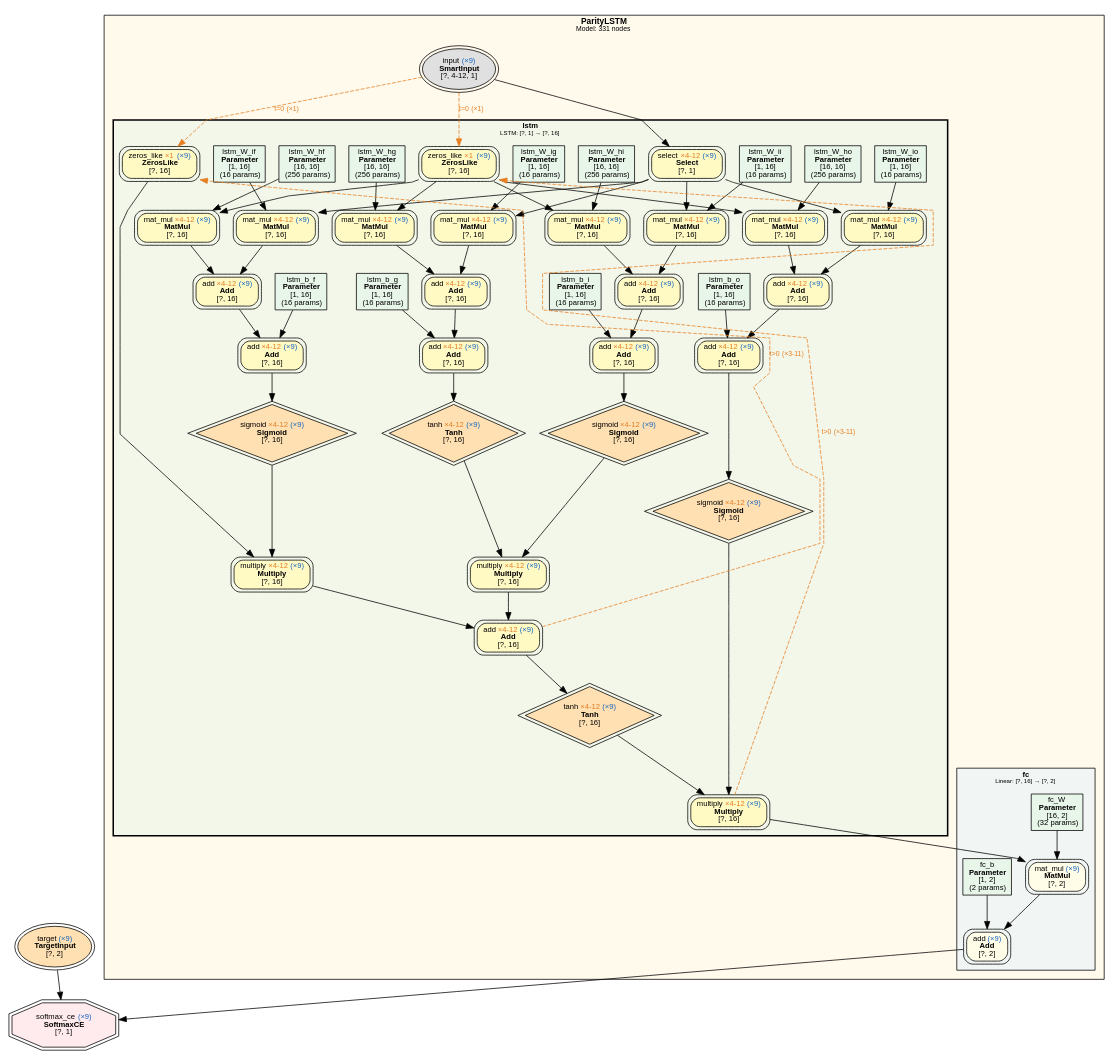
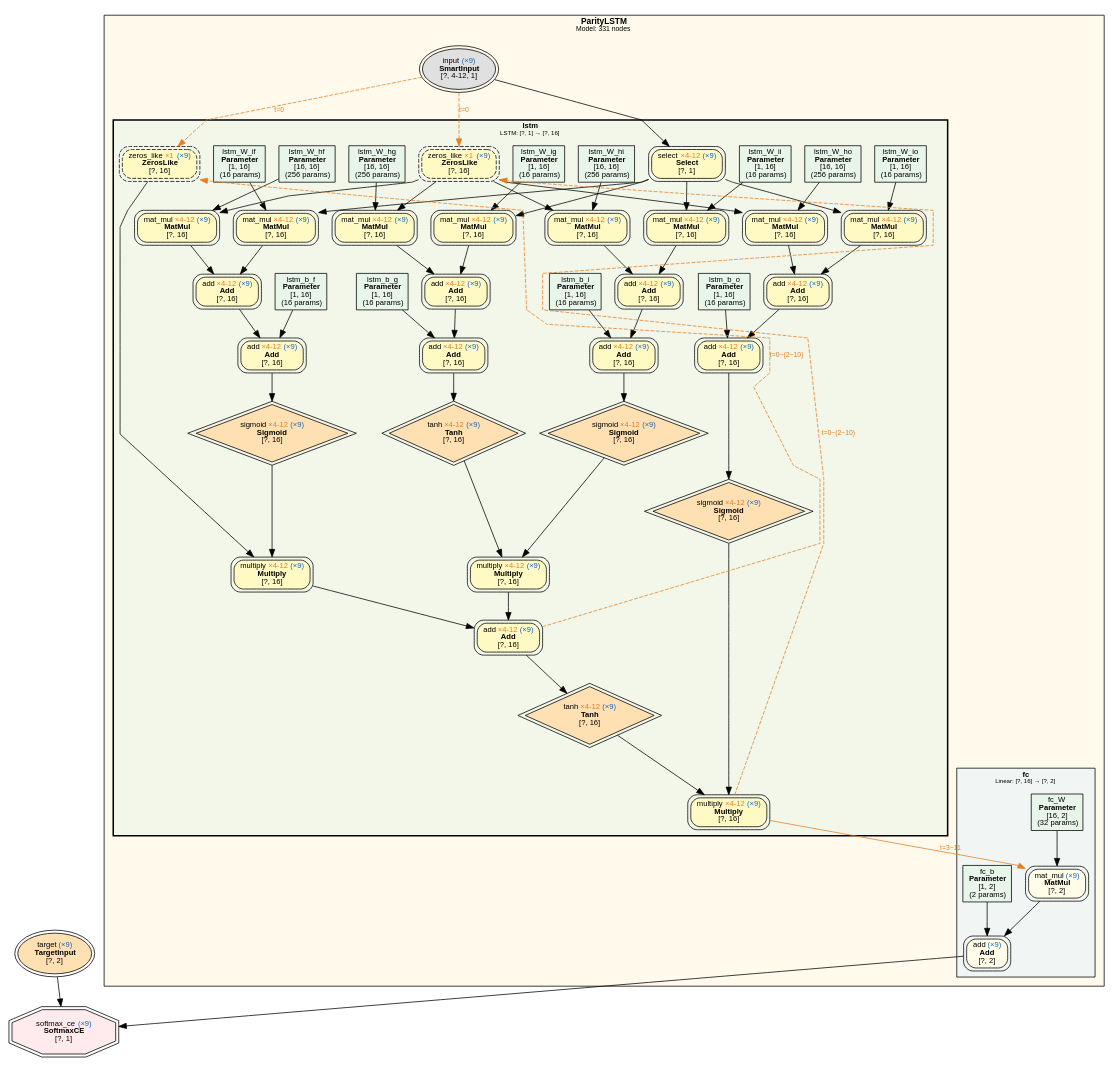
The diagram in examples/parity_lstm_var_len/parity_lstm_var_len.dot (dbsxdbsx/only_torch), drawn with Graphviz before and after one commit. The commit also changed 8 other files, not shown here.

First line of the commit message:
style(vis): 优化循环层时间步标签及 ZerosLike 节点样式

```diff
--- a/examples/parity_lstm_var_len/parity_lstm_var_len.dot
+++ b/examples/parity_lstm_var_len/parity_lstm_var_len.dot
@@ -1,140 +1,140 @@
 digraph Model {
     rankdir=TB;
     newrank=true;
     splines=polyline;
     node [fontname="Microsoft YaHei,SimHei,Arial"];
     edge [fontname="Microsoft YaHei,SimHei,Arial"];
 
     subgraph cluster_ParityLSTM {
         label=<<B>ParityLSTM</B><BR/><FONT POINT-SIZE="9">Model: 331 nodes</FONT>>;
         style=filled;
         fillcolor="#FFECB340";
         fontname="Microsoft YaHei,SimHei,Arial";
         fontsize=11;
         margin=12;
         subgraph cluster_ParityLSTM_fc {
             label=<<B>fc</B><BR/><FONT POINT-SIZE="8">Linear: [?, 16] → [?, 2]</FONT>>;
             style=filled;
             fillcolor="#E3F2FD80";
             fontname="Microsoft YaHei,SimHei,Arial";
             fontsize=10;
             margin=8;
             "13" [label=<fc_W<BR/><B>Parameter</B><BR/>[16, 2]<BR/>(32 params)> shape=box style=filled fillcolor="#E8F5E9" fontsize=10];
             "14" [label=<fc_b<BR/><B>Parameter</B><BR/>[1, 2]<BR/>(2 params)> shape=box style=filled fillcolor="#E8F5E9" fontsize=10];
             "1946" [label=<mat_mul <FONT COLOR="#1565C0">(×9)</FONT><BR/><B>MatMul</B><BR/>[?, 2]> shape=box style="filled,rounded" fillcolor="#FFFDE7" peripheries=2 fontsize=10];
             "1947" [label=<add <FONT COLOR="#1565C0">(×9)</FONT><BR/><B>Add</B><BR/>[?, 2]> shape=box style="filled,rounded" fillcolor="#FFFDE7" peripheries=2 fontsize=10];
         }
         subgraph cluster_ParityLSTM_lstm {
             label=<<B>lstm</B><BR/><FONT POINT-SIZE="8">LSTM: [?, 1] → [?, 16]</FONT>>;
             style="filled,bold";
             peripheries=3;
             penwidth=2;
             fillcolor="#E8F5E980";
             fontname="Microsoft YaHei,SimHei,Arial";
             fontsize=10;
             margin=8;
             "1" [label=<lstm_W_ii<BR/><B>Parameter</B><BR/>[1, 16]<BR/>(16 params)> shape=box style=filled fillcolor="#E8F5E9" fontsize=10];
             "2" [label=<lstm_W_hi<BR/><B>Parameter</B><BR/>[16, 16]<BR/>(256 params)> shape=box style=filled fillcolor="#E8F5E9" fontsize=10];
             "3" [label=<lstm_b_i<BR/><B>Parameter</B><BR/>[1, 16]<BR/>(16 params)> shape=box style=filled fillcolor="#E8F5E9" fontsize=10];
             "4" [label=<lstm_W_if<BR/><B>Parameter</B><BR/>[1, 16]<BR/>(16 params)> shape=box style=filled fillcolor="#E8F5E9" fontsize=10];
             "5" [label=<lstm_W_hf<BR/><B>Parameter</B><BR/>[16, 16]<BR/>(256 params)> shape=box style=filled fillcolor="#E8F5E9" fontsize=10];
             "6" [label=<lstm_b_f<BR/><B>Parameter</B><BR/>[1, 16]<BR/>(16 params)> shape=box style=filled fillcolor="#E8F5E9" fontsize=10];
             "7" [label=<lstm_W_ig<BR/><B>Parameter</B><BR/>[1, 16]<BR/>(16 params)> shape=box style=filled fillcolor="#E8F5E9" fontsize=10];
             "8" [label=<lstm_W_hg<BR/><B>Parameter</B><BR/>[16, 16]<BR/>(256 params)> shape=box style=filled fillcolor="#E8F5E9" fontsize=10];
             "9" [label=<lstm_b_g<BR/><B>Parameter</B><BR/>[1, 16]<BR/>(16 params)> shape=box style=filled fillcolor="#E8F5E9" fontsize=10];
             "10" [label=<lstm_W_io<BR/><B>Parameter</B><BR/>[1, 16]<BR/>(16 params)> shape=box style=filled fillcolor="#E8F5E9" fontsize=10];
             "11" [label=<lstm_W_ho<BR/><B>Parameter</B><BR/>[16, 16]<BR/>(256 params)> shape=box style=filled fillcolor="#E8F5E9" fontsize=10];
             "12" [label=<lstm_b_o<BR/><B>Parameter</B><BR/>[1, 16]<BR/>(16 params)> shape=box style=filled fillcolor="#E8F5E9" fontsize=10];
-            "1632" [label=<zeros_like <FONT COLOR="#E67E22">×1</FONT> <FONT COLOR="#1565C0">(×9)</FONT><BR/><B>ZerosLike</B><BR/>[?, 16]> shape=box style="filled,rounded" fillcolor="#FFF9C4" peripheries=2 fontsize=10];
-            "1633" [label=<zeros_like <FONT COLOR="#E67E22">×1</FONT> <FONT COLOR="#1565C0">(×9)</FONT><BR/><B>ZerosLike</B><BR/>[?, 16]> shape=box style="filled,rounded" fillcolor="#FFF9C4" peripheries=2 fontsize=10];
+            "1632" [label=<zeros_like <FONT COLOR="#E67E22">×1</FONT> <FONT COLOR="#1565C0">(×9)</FONT><BR/><B>ZerosLike</B><BR/>[?, 16]> shape=box style="filled,rounded,dashed" fillcolor="#FFF9C4" peripheries=2 fontsize=10];
+            "1633" [label=<zeros_like <FONT COLOR="#E67E22">×1</FONT> <FONT COLOR="#1565C0">(×9)</FONT><BR/><B>ZerosLike</B><BR/>[?, 16]> shape=box style="filled,rounded,dashed" fillcolor="#FFF9C4" peripheries=2 fontsize=10];
             "1634" [label=<select <FONT COLOR="#E67E22">×4-12</FONT> <FONT COLOR="#1565C0">(×9)</FONT><BR/><B>Select</B><BR/>[?, 1]> shape=box style="filled,rounded" fillcolor="#FFF9C4" peripheries=2 fontsize=10];
             "1635" [label=<mat_mul <FONT COLOR="#E67E22">×4-12</FONT> <FONT COLOR="#1565C0">(×9)</FONT><BR/><B>MatMul</B><BR/>[?, 16]> shape=box style="filled,rounded" fillcolor="#FFF9C4" peripheries=2 fontsize=10];
             "1636" [label=<mat_mul <FONT COLOR="#E67E22">×4-12</FONT> <FONT COLOR="#1565C0">(×9)</FONT><BR/><B>MatMul</B><BR/>[?, 16]> shape=box style="filled,rounded" fillcolor="#FFF9C4" peripheries=2 fontsize=10];
             "1637" [label=<add <FONT COLOR="#E67E22">×4-12</FONT> <FONT COLOR="#1565C0">(×9)</FONT><BR/><B>Add</B><BR/>[?, 16]> shape=box style="filled,rounded" fillcolor="#FFF9C4" peripheries=2 fontsize=10];
             "1638" [label=<add <FONT COLOR="#E67E22">×4-12</FONT> <FONT COLOR="#1565C0">(×9)</FONT><BR/><B>Add</B><BR/>[?, 16]> shape=box style="filled,rounded" fillcolor="#FFF9C4" peripheries=2 fontsize=10];
             "1639" [label=<sigmoid <FONT COLOR="#E67E22">×4-12</FONT> <FONT COLOR="#1565C0">(×9)</FONT><BR/><B>Sigmoid</B><BR/>[?, 16]> shape=diamond style=filled fillcolor="#FFE0B2" peripheries=2 fontsize=10];
             "1640" [label=<mat_mul <FONT COLOR="#E67E22">×4-12</FONT> <FONT COLOR="#1565C0">(×9)</FONT><BR/><B>MatMul</B><BR/>[?, 16]> shape=box style="filled,rounded" fillcolor="#FFF9C4" peripheries=2 fontsize=10];
             "1641" [label=<mat_mul <FONT COLOR="#E67E22">×4-12</FONT> <FONT COLOR="#1565C0">(×9)</FONT><BR/><B>MatMul</B><BR/>[?, 16]> shape=box style="filled,rounded" fillcolor="#FFF9C4" peripheries=2 fontsize=10];
             "1642" [label=<add <FONT COLOR="#E67E22">×4-12</FONT> <FONT COLOR="#1565C0">(×9)</FONT><BR/><B>Add</B><BR/>[?, 16]> shape=box style="filled,rounded" fillcolor="#FFF9C4" peripheries=2 fontsize=10];
             "1643" [label=<add <FONT COLOR="#E67E22">×4-12</FONT> <FONT COLOR="#1565C0">(×9)</FONT><BR/><B>Add</B><BR/>[?, 16]> shape=box style="filled,rounded" fillcolor="#FFF9C4" peripheries=2 fontsize=10];
             "1644" [label=<sigmoid <FONT COLOR="#E67E22">×4-12</FONT> <FONT COLOR="#1565C0">(×9)</FONT><BR/><B>Sigmoid</B><BR/>[?, 16]> shape=diamond style=filled fillcolor="#FFE0B2" peripheries=2 fontsize=10];
             "1645" [label=<mat_mul <FONT COLOR="#E67E22">×4-12</FONT> <FONT COLOR="#1565C0">(×9)</FONT><BR/><B>MatMul</B><BR/>[?, 16]> shape=box style="filled,rounded" fillcolor="#FFF9C4" peripheries=2 fontsize=10];
             "1646" [label=<mat_mul <FONT COLOR="#E67E22">×4-12</FONT> <FONT COLOR="#1565C0">(×9)</FONT><BR/><B>MatMul</B><BR/>[?, 16]> shape=box style="filled,rounded" fillcolor="#FFF9C4" peripheries=2 fontsize=10];
             "1647" [label=<add <FONT COLOR="#E67E22">×4-12</FONT> <FONT COLOR="#1565C0">(×9)</FONT><BR/><B>Add</B><BR/>[?, 16]> shape=box style="filled,rounded" fillcolor="#FFF9C4" peripheries=2 fontsize=10];
             "1648" [label=<add <FONT COLOR="#E67E22">×4-12</FONT> <FONT COLOR="#1565C0">(×9)</FONT><BR/><B>Add</B><BR/>[?, 16]> shape=box style="filled,rounded" fillcolor="#FFF9C4" peripheries=2 fontsize=10];
             "1649" [label=<tanh <FONT COLOR="#E67E22">×4-12</FONT> <FONT COLOR="#1565C0">(×9)</FONT><BR/><B>Tanh</B><BR/>[?, 16]> shape=diamond style=filled fillcolor="#FFE0B2" peripheries=2 fontsize=10];
             "1650" [label=<mat_mul <FONT COLOR="#E67E22">×4-12</FONT> <FONT COLOR="#1565C0">(×9)</FONT><BR/><B>MatMul</B><BR/>[?, 16]> shape=box style="filled,rounded" fillcolor="#FFF9C4" peripheries=2 fontsize=10];
             "1651" [label=<mat_mul <FONT COLOR="#E67E22">×4-12</FONT> <FONT COLOR="#1565C0">(×9)</FONT><BR/><B>MatMul</B><BR/>[?, 16]> shape=box style="filled,rounded" fillcolor="#FFF9C4" peripheries=2 fontsize=10];
             "1652" [label=<add <FONT COLOR="#E67E22">×4-12</FONT> <FONT COLOR="#1565C0">(×9)</FONT><BR/><B>Add</B><BR/>[?, 16]> shape=box style="filled,rounded" fillcolor="#FFF9C4" peripheries=2 fontsize=10];
             "1653" [label=<add <FONT COLOR="#E67E22">×4-12</FONT> <FONT COLOR="#1565C0">(×9)</FONT><BR/><B>Add</B><BR/>[?, 16]> shape=box style="filled,rounded" fillcolor="#FFF9C4" peripheries=2 fontsize=10];
             "1654" [label=<sigmoid <FONT COLOR="#E67E22">×4-12</FONT> <FONT COLOR="#1565C0">(×9)</FONT><BR/><B>Sigmoid</B><BR/>[?, 16]> shape=diamond style=filled fillcolor="#FFE0B2" peripheries=2 fontsize=10];
             "1655" [label=<multiply <FONT COLOR="#E67E22">×4-12</FONT> <FONT COLOR="#1565C0">(×9)</FONT><BR/><B>Multiply</B><BR/>[?, 16]> shape=box style="filled,rounded" fillcolor="#FFF9C4" peripheries=2 fontsize=10];
             "1656" [label=<multiply <FONT COLOR="#E67E22">×4-12</FONT> <FONT COLOR="#1565C0">(×9)</FONT><BR/><B>Multiply</B><BR/>[?, 16]> shape=box style="filled,rounded" fillcolor="#FFF9C4" peripheries=2 fontsize=10];
             "1657" [label=<add <FONT COLOR="#E67E22">×4-12</FONT> <FONT COLOR="#1565C0">(×9)</FONT><BR/><B>Add</B><BR/>[?, 16]> shape=box style="filled,rounded" fillcolor="#FFF9C4" peripheries=2 fontsize=10];
             "1658" [label=<tanh <FONT COLOR="#E67E22">×4-12</FONT> <FONT COLOR="#1565C0">(×9)</FONT><BR/><B>Tanh</B><BR/>[?, 16]> shape=diamond style=filled fillcolor="#FFE0B2" peripheries=2 fontsize=10];
             "1659" [label=<multiply <FONT COLOR="#E67E22">×4-12</FONT> <FONT COLOR="#1565C0">(×9)</FONT><BR/><B>Multiply</B><BR/>[?, 16]> shape=box style="filled,rounded" fillcolor="#FFF9C4" peripheries=2 fontsize=10];
         }
         "1631" [label=<input <FONT COLOR="#1565C0">(×9)</FONT><BR/><B>SmartInput</B><BR/>[?, 4-12, 1]> shape=ellipse style=filled fillcolor="#E0E0E0" peripheries=2 fontsize=10];
     }
 
     "1948" [label=<target <FONT COLOR="#1565C0">(×9)</FONT><BR/><B>TargetInput</B><BR/>[?, 2]> shape=ellipse style=filled fillcolor="#FFE0B2" peripheries=2 fontsize=10];
     "1949" [label=<softmax_ce <FONT COLOR="#1565C0">(×9)</FONT><BR/><B>SoftmaxCE</B><BR/>[?, 1]> shape=octagon style=filled fillcolor="#FFEBEE" peripheries=2 fontsize=10];
 
     "1631" -> "1634";
     "1634" -> "1635";
     "1" -> "1635";
     "1632" -> "1636";
     "2" -> "1636";
     "1635" -> "1637";
     "1636" -> "1637";
     "1637" -> "1638";
     "3" -> "1638";
     "1638" -> "1639";
     "1634" -> "1640";
     "4" -> "1640";
     "1632" -> "1641";
     "5" -> "1641";
     "1640" -> "1642";
     "1641" -> "1642";
     "1642" -> "1643";
     "6" -> "1643";
     "1643" -> "1644";
     "1634" -> "1645";
     "7" -> "1645";
     "1632" -> "1646";
     "8" -> "1646";
     "1645" -> "1647";
     "1646" -> "1647";
     "1647" -> "1648";
     "9" -> "1648";
     "1648" -> "1649";
     "1634" -> "1650";
     "10" -> "1650";
     "1632" -> "1651";
     "11" -> "1651";
     "1650" -> "1652";
     "1651" -> "1652";
     "1652" -> "1653";
     "12" -> "1653";
     "1653" -> "1654";
     "1644" -> "1655";
     "1633" -> "1655";
     "1639" -> "1656";
     "1649" -> "1656";
     "1655" -> "1657";
     "1656" -> "1657";
     "1657" -> "1658";
     "1654" -> "1659";
     "1658" -> "1659";
-    "1659" -> "1946";
+    "1659" -> "1946" [color="#E67E22" label=<t=3~11> fontcolor="#E67E22" fontsize=9];
     "13" -> "1946";
     "1946" -> "1947";
     "14" -> "1947";
     "1947" -> "1949";
     "1948" -> "1949";
-    "1631" -> "1632" [style=dashed color="#E67E22" label=<t=0 <FONT COLOR="#E67E22">(×1)</FONT>> fontcolor="#E67E22" fontsize=9];
-    "1659" -> "1632" [style=dashed color="#E67E22" label=<t&gt;0 <FONT COLOR="#E67E22">(×3-11)</FONT>> fontcolor="#E67E22" fontsize=9 constraint=false];
-    "1631" -> "1633" [style=dashed color="#E67E22" label=<t=0 <FONT COLOR="#E67E22">(×1)</FONT>> fontcolor="#E67E22" fontsize=9];
-    "1657" -> "1633" [style=dashed color="#E67E22" label=<t&gt;0 <FONT COLOR="#E67E22">(×3-11)</FONT>> fontcolor="#E67E22" fontsize=9 constraint=false];
+    "1631" -> "1632" [style=dashed color="#E67E22" label=<t=0> fontcolor="#E67E22" fontsize=9];
+    "1659" -> "1632" [style=dashed color="#E67E22" label=<t=0~(2~10)> fontcolor="#E67E22" fontsize=9 constraint=false];
+    "1631" -> "1633" [style=dashed color="#E67E22" label=<t=0> fontcolor="#E67E22" fontsize=9];
+    "1657" -> "1633" [style=dashed color="#E67E22" label=<t=0~(2~10)> fontcolor="#E67E22" fontsize=9 constraint=false];
     { rank=same; "1632"; "1633" }
 }
```
